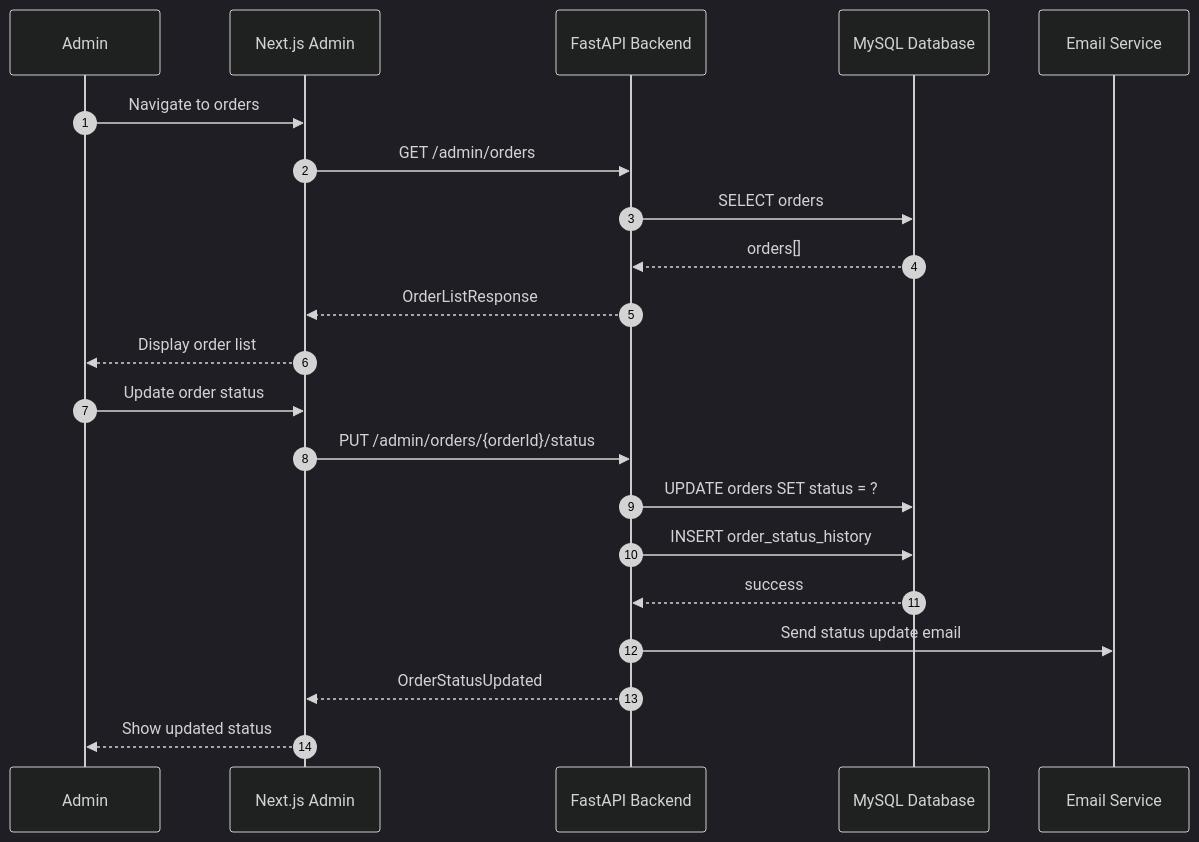
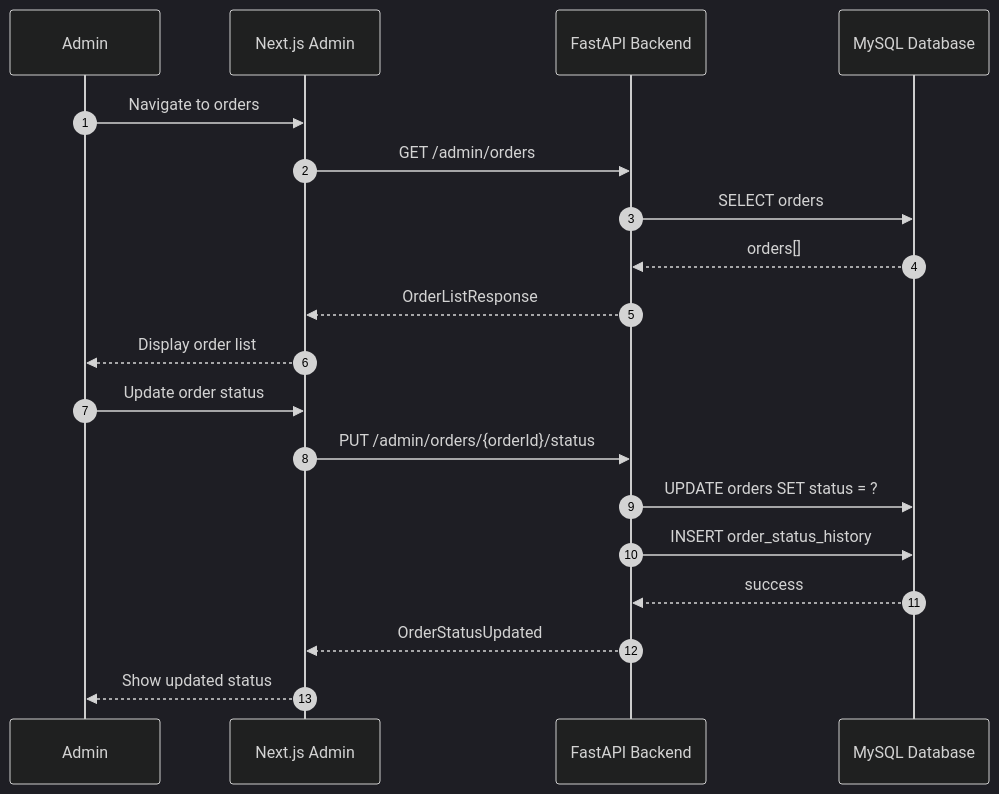
Diagram 34 of 60 in docs/design-analysis/OOSAD_ANALYSIS.md (DanhTrannn/TLCN), drawn with Mermaid (dark theme) before and after one commit. The commit also changed other lines of this file, not shown here.

````diff
--- a/docs/design-analysis/OOSAD_ANALYSIS.md
+++ b/docs/design-analysis/OOSAD_ANALYSIS.md
@@ -1457,25 +1522,23 @@
 ```mermaid
 sequenceDiagram
     autonumber
     participant A as Admin
     participant FE as Next.js Admin
     participant API as FastAPI Backend
     participant DB as MySQL Database
-    participant EMAIL as Email Service
     
     A->>FE: Navigate to orders
     FE->>API: GET /admin/orders
     API->>DB: SELECT orders
     DB-->>API: orders[]
     API-->>FE: OrderListResponse
     FE-->>A: Display order list
     
     A->>FE: Update order status
     FE->>API: PUT /admin/orders/{orderId}/status
     API->>DB: UPDATE orders SET status = ?
     API->>DB: INSERT order_status_history
     DB-->>API: success
-    API->>EMAIL: Send status update email
     API-->>FE: OrderStatusUpdated
     FE-->>A: Show updated status
 ```
````
